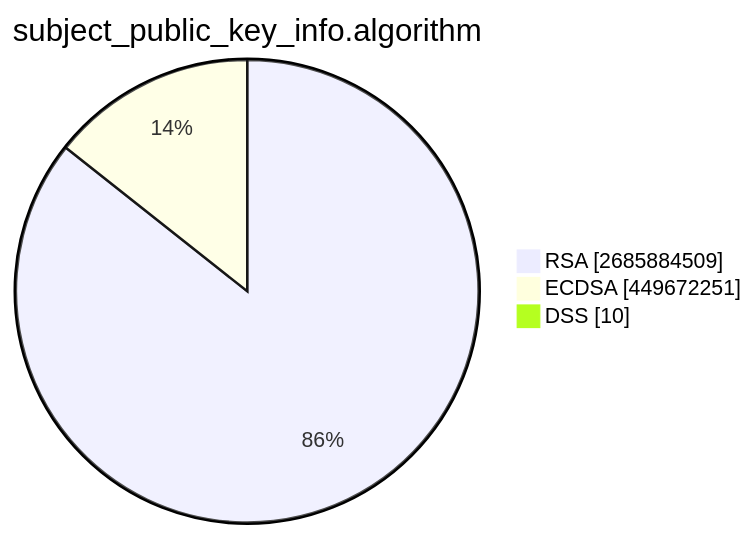
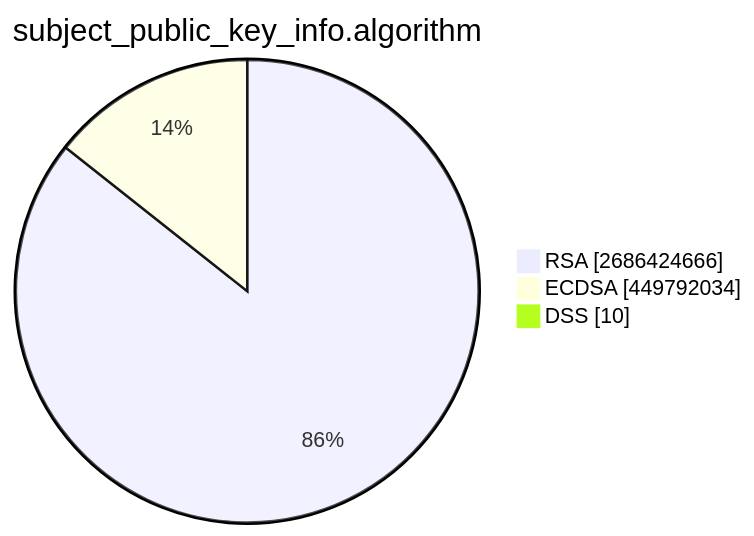
The second of 15 diagrams in TOTAL/README.md (christiankrug/ctmonitor_visualization), drawn with Mermaid before and after one commit. The commit also changed other lines of this file, not shown here.

````diff
--- a/TOTAL/README.md
+++ b/TOTAL/README.md
@@ -6,7 +6,7 @@
 ```mermaid
 pie showData
 title subject_public_key_info.algorithm
-"RSA" :2685884509
-"ECDSA" :449672251
+"RSA" :2686424666
+"ECDSA" :449792034
 "DSS" :10
 ```
````
